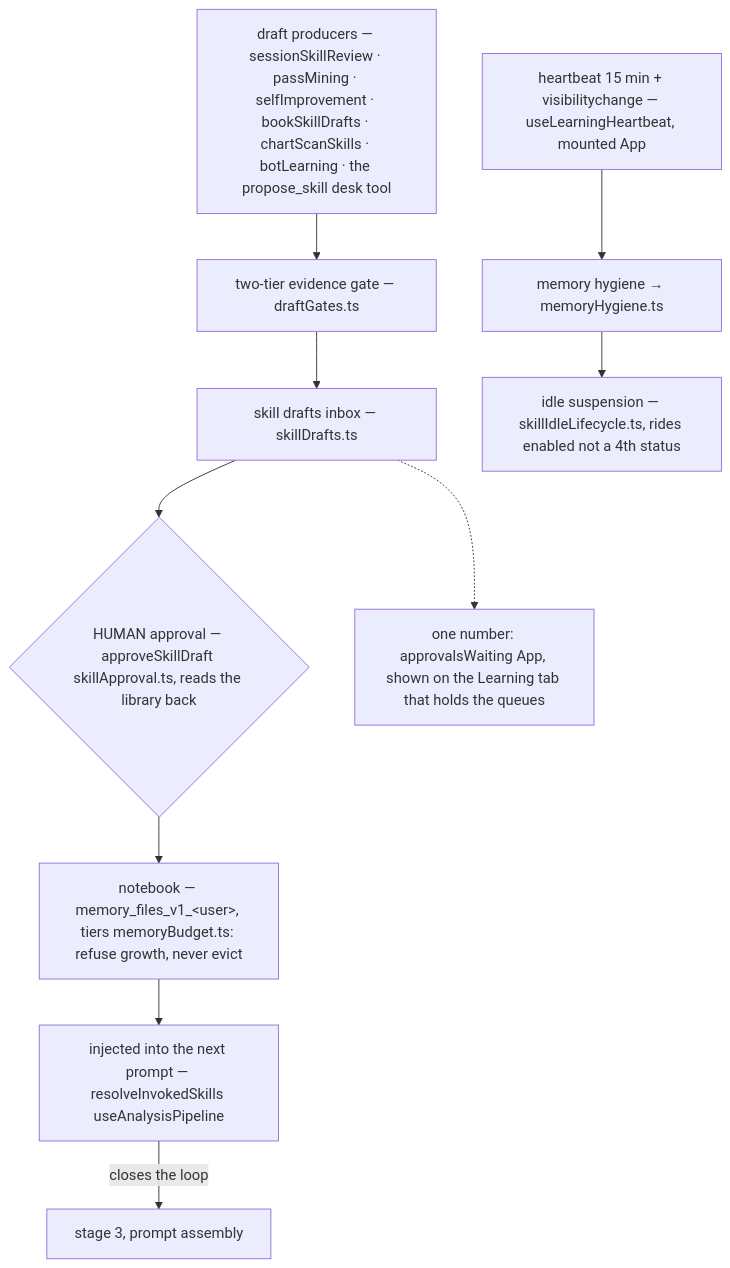
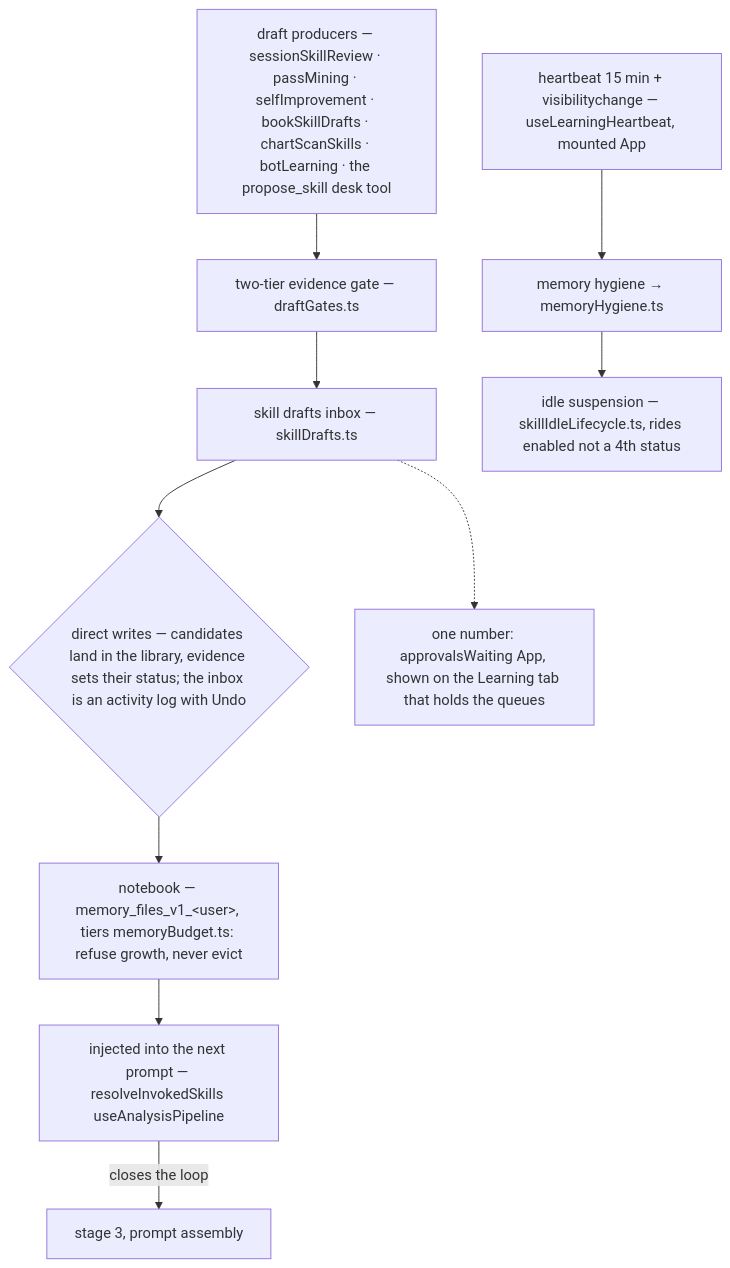
One commit to Acepay25/august-3.5 changed the fourth of 8 diagrams in docs/architecture/system-map.md. Above: the diagram before and after it, drawn with Mermaid. The commit also changed other lines of this file and 16 other files, not shown here.

````diff
--- a/docs/architecture/system-map.md
+++ b/docs/architecture/system-map.md
@@ -348,13 +348,13 @@
 ```mermaid
 flowchart TD
     P["draft producers — sessionSkillReview · passMining · selfImprovement · bookSkillDrafts · chartScanSkills · botLearning · the propose_skill desk tool"] --> GT["two-tier evidence gate — draftGates.ts"]
     GT --> IN["skill drafts inbox — skillDrafts.ts"]
-    IN --> HU{"HUMAN approval — approveSkillDraft skillApproval.ts, reads the library back"}
+    IN --> HU{"direct writes — candidates land in the library, evidence sets their status; the inbox is an activity log with Undo"}
     HU --> NB["notebook — memory_files_v1_&lt;user&gt;, tiers memoryBudget.ts: refuse growth, never evict"]
     NB --> INJ["injected into the next prompt — resolveInvokedSkills useAnalysisPipeline"]
     INJ -->|closes the loop| C3["stage 3, prompt assembly"]
     HB["heartbeat 15 min + visibilitychange — useLearningHeartbeat, mounted App"] --> HYG["memory hygiene → memoryHygiene.ts"]
     HYG --> IDL["idle suspension — skillIdleLifecycle.ts, rides enabled not a 4th status"]
     BADGE["one number: approvalsWaiting App, shown on the Learning tab that holds the queues"]
     IN -.-> BADGE
 ```
````
